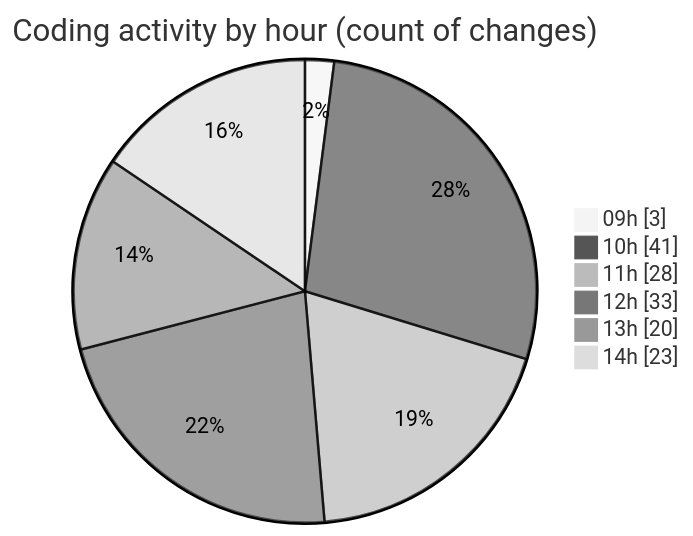
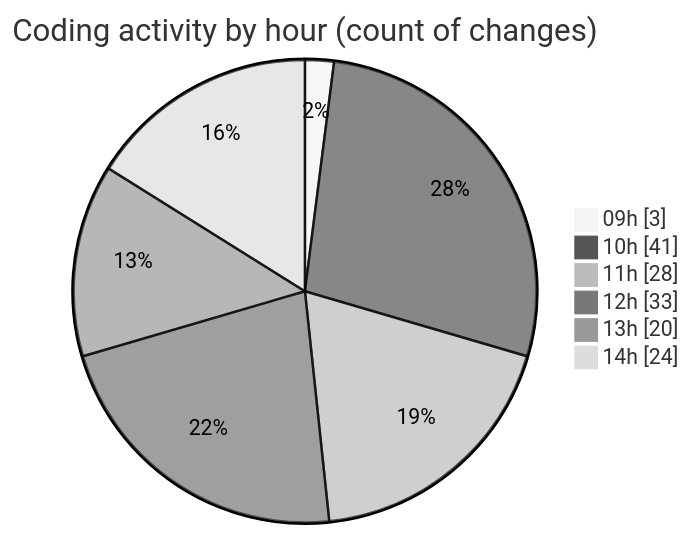
Before and after one commit to CELIANVF/code-tracking: the second of 2 diagrams in 2025-05-19/ecodeli-1/README.md, drawn with Mermaid (neutral theme). The commit also changed other lines of this file and 1 other file, not shown here.

````diff
--- a/2025-05-19/ecodeli-1/README.md
+++ b/2025-05-19/ecodeli-1/README.md
@@ -68,10 +68,10 @@
 ```mermaid
 pie showData
 title Coding activity by hour (count of changes)
 "09h" : 3
 "10h" : 41
 "11h" : 28
 "12h" : 33
 "13h" : 20
-"14h" : 23
+"14h" : 24
 ```
````
